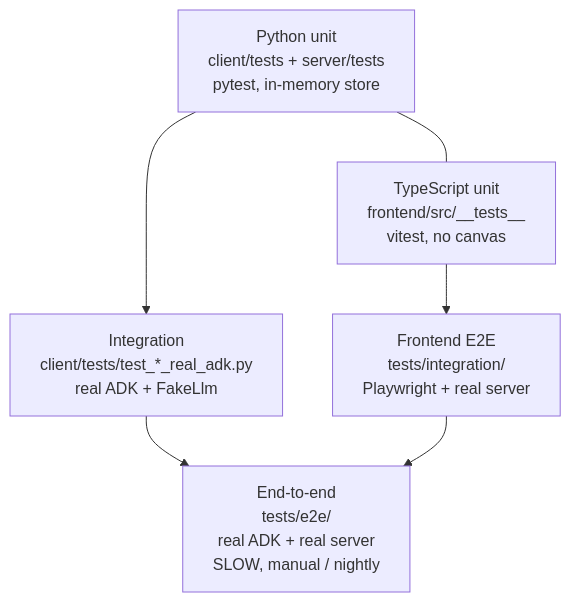
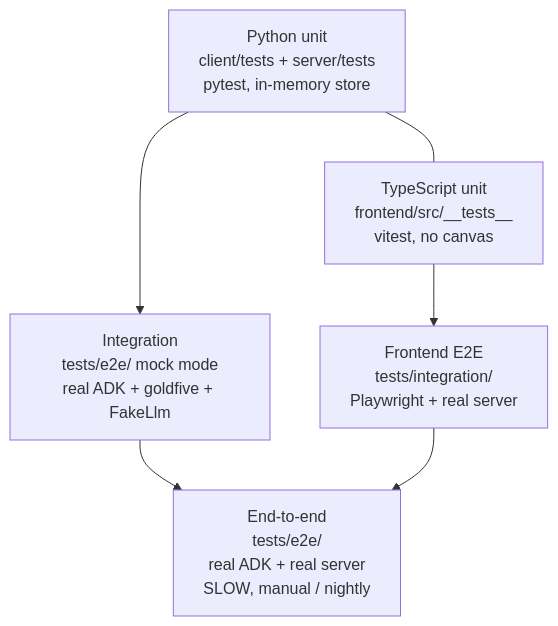
The first of 2 diagrams in docs/dev-guide/testing.md (pedapudi/harmonograf), drawn with Mermaid before and after one commit. The commit also changed other lines of this file and 40 other files, not shown here.

````diff
--- a/docs/dev-guide/testing.md
+++ b/docs/dev-guide/testing.md
@@ -19,14 +19,14 @@
 ```mermaid
 flowchart TB
     e2e[End-to-end<br/>tests/e2e/<br/>real ADK + real server<br/>SLOW, manual / nightly]
-    integ[Integration<br/>client/tests/test_*_real_adk.py<br/>real ADK + FakeLlm]
+    integ[Integration<br/>tests/e2e/ mock mode<br/>real ADK + goldfive + FakeLlm]
     unit_py[Python unit<br/>client/tests + server/tests<br/>pytest, in-memory store]
     unit_ts[TypeScript unit<br/>frontend/src/__tests__<br/>vitest, no canvas]
     pwt[Frontend E2E<br/>tests/integration/<br/>Playwright + real server]
 
     unit_py --- unit_ts
     unit_py --> integ
     unit_ts --> pwt
     integ --> e2e
     pwt --> e2e
 ```
````
